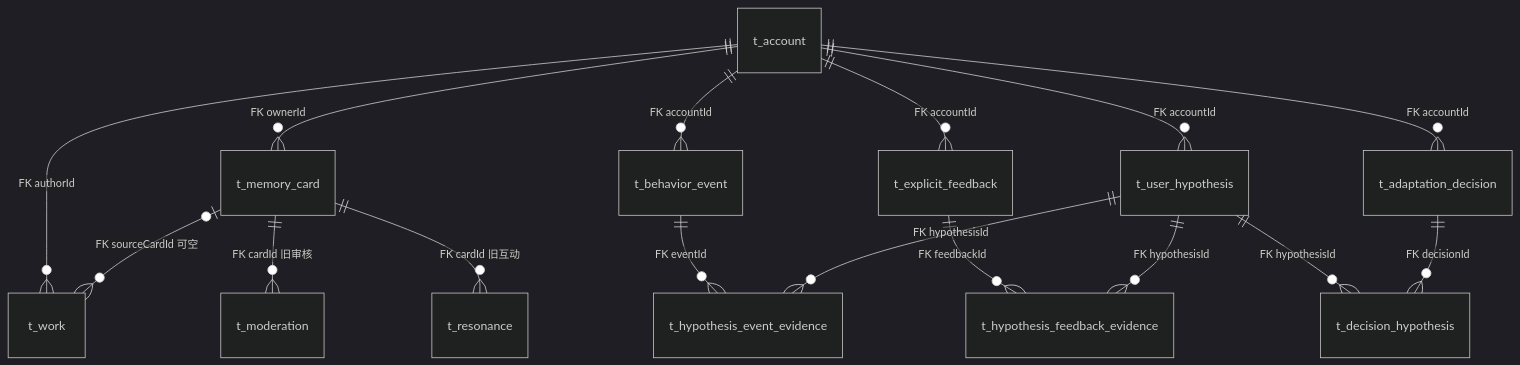
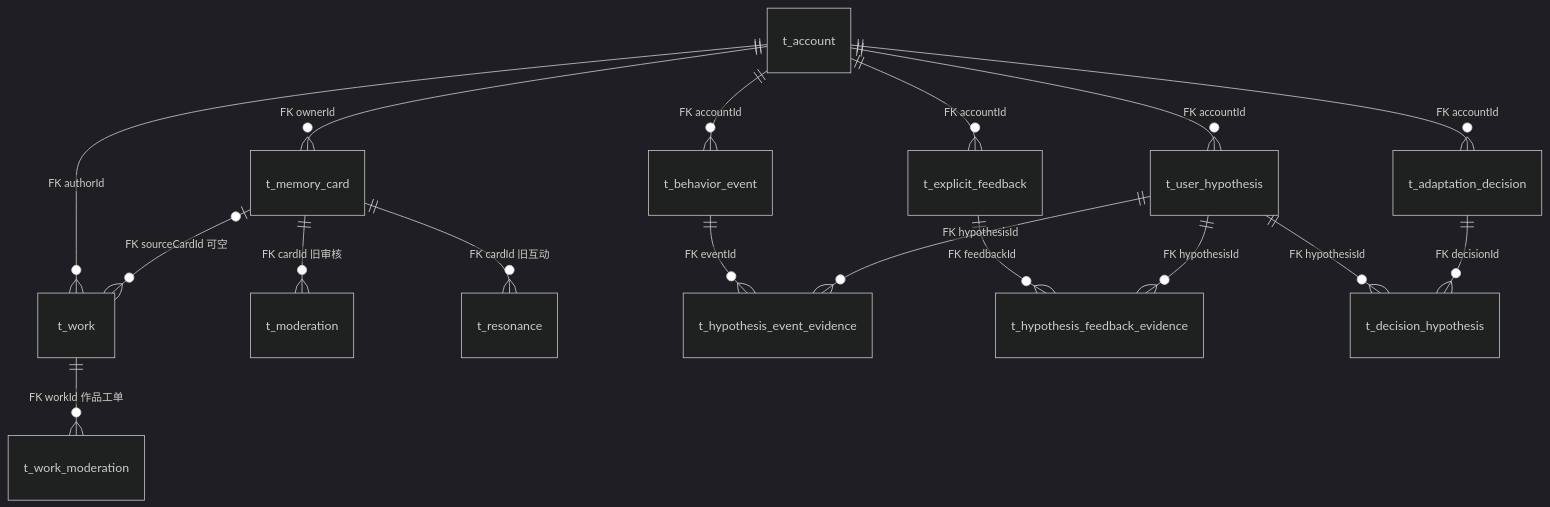
One commit to Andyx1537/echo-doc changed the fourth of 4 diagrams in docs/architecture/BACKEND-TOPOLOGY.md. Above: the diagram before and after it, drawn with Mermaid (dark theme). The commit also changed other lines of this file and 2 other files, not shown here.

````diff
--- a/docs/architecture/BACKEND-TOPOLOGY.md
+++ b/docs/architecture/BACKEND-TOPOLOGY.md
@@ -148,18 +148,19 @@
 ```mermaid
 erDiagram
   t_account ||--o{ t_memory_card : "FK ownerId"
   t_account ||--o{ t_work : "FK authorId"
   t_memory_card o|--o{ t_work : "FK sourceCardId 可空"
   t_memory_card ||--o{ t_moderation : "FK cardId 旧审核"
+  t_work ||--o{ t_work_moderation : "FK workId 作品工单"
   t_memory_card ||--o{ t_resonance : "FK cardId 旧互动"
   t_account ||--o{ t_behavior_event : "FK accountId"
   t_account ||--o{ t_explicit_feedback : "FK accountId"
   t_account ||--o{ t_user_hypothesis : "FK accountId"
   t_account ||--o{ t_adaptation_decision : "FK accountId"
   t_behavior_event ||--o{ t_hypothesis_event_evidence : "FK eventId"
   t_user_hypothesis ||--o{ t_hypothesis_event_evidence : "FK hypothesisId"
   t_explicit_feedback ||--o{ t_hypothesis_feedback_evidence : "FK feedbackId"
   t_user_hypothesis ||--o{ t_hypothesis_feedback_evidence : "FK hypothesisId"
   t_user_hypothesis ||--o{ t_decision_hypothesis : "FK hypothesisId"
   t_adaptation_decision ||--o{ t_decision_hypothesis : "FK decisionId"
 ```
````
